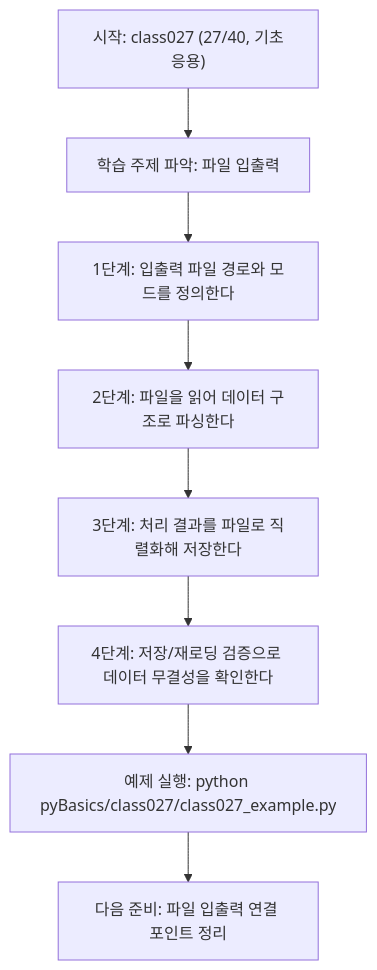
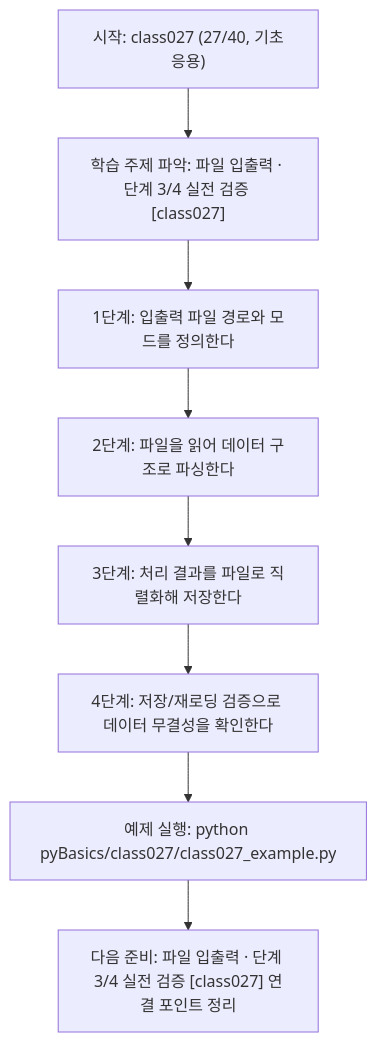
The diagram in pyBasics/class027/class027.md (edumgt/Python-AI_Agent-Class), drawn with Mermaid before and after one commit. The commit also changed other lines of this file and 522 other files, not shown here.

````diff
--- a/pyBasics/class027/class027.md
+++ b/pyBasics/class027/class027.md
@@ -108,18 +109,18 @@
 ```mermaid
 flowchart TD
 N1["시작: class027 (27/40, 기초응용)"]
-N2["학습 주제 파악: 파일 입출력"]
+N2["학습 주제 파악: 파일 입출력 · 단계 3/4 실전 검증 [class027]"]
 N3["1단계: 입출력 파일 경로와 모드를 정의한다"]
 N4["2단계: 파일을 읽어 데이터 구조로 파싱한다"]
 N5["3단계: 처리 결과를 파일로 직렬화해 저장한다"]
 N6["4단계: 저장/재로딩 검증으로 데이터 무결성을 확인한다"]
 N7["예제 실행: python pyBasics/class027/class027_example.py"]
-N8["다음 준비: 파일 입출력 연결 포인트 정리"]
+N8["다음 준비: 파일 입출력 · 단계 3/4 실전 검증 [class027] 연결 포인트 정리"]
 N1 --> N2
 N2 --> N3
 N3 --> N4
 N4 --> N5
 N5 --> N6
 N6 --> N7
 N7 --> N8
 ```
````
